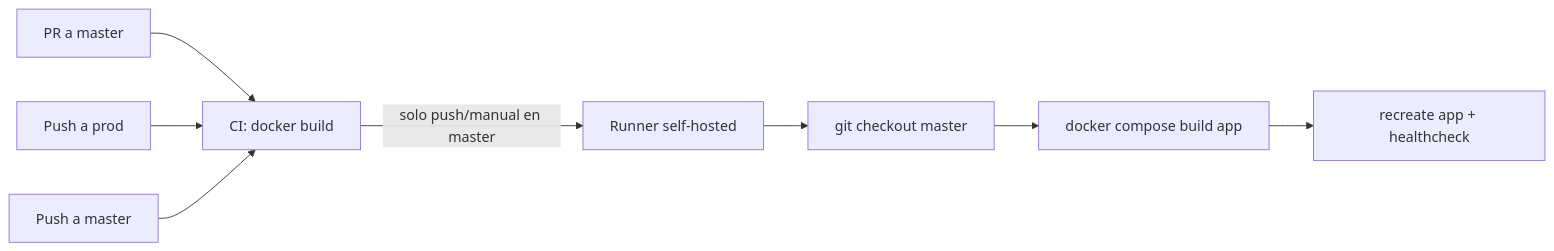
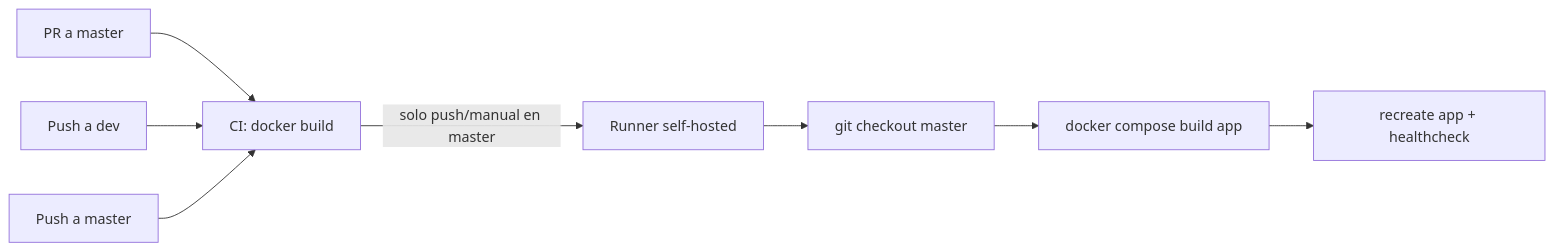
The diagram in docs/CI-CD.md (jctrejosi/ecommerce), drawn with Mermaid before and after one commit. The commit also changed other lines of this file and 1 other file, not shown here.

Commit message:
Run CI on dev and keep deploy on master

````diff
--- a/docs/CI-CD.md
+++ b/docs/CI-CD.md
@@ -5,10 +5,10 @@
 ```mermaid
 flowchart LR
     A[PR a master] --> C[CI: docker build]
-    B[Push a prod] --> C
+    B[Push a dev] --> C
     D[Push a master] --> C
     C -->|solo push/manual en master| E[Runner self-hosted]
     E --> F[git checkout master]
     F --> G[docker compose build app]
     G --> H[recreate app + healthcheck]
 ```
````
